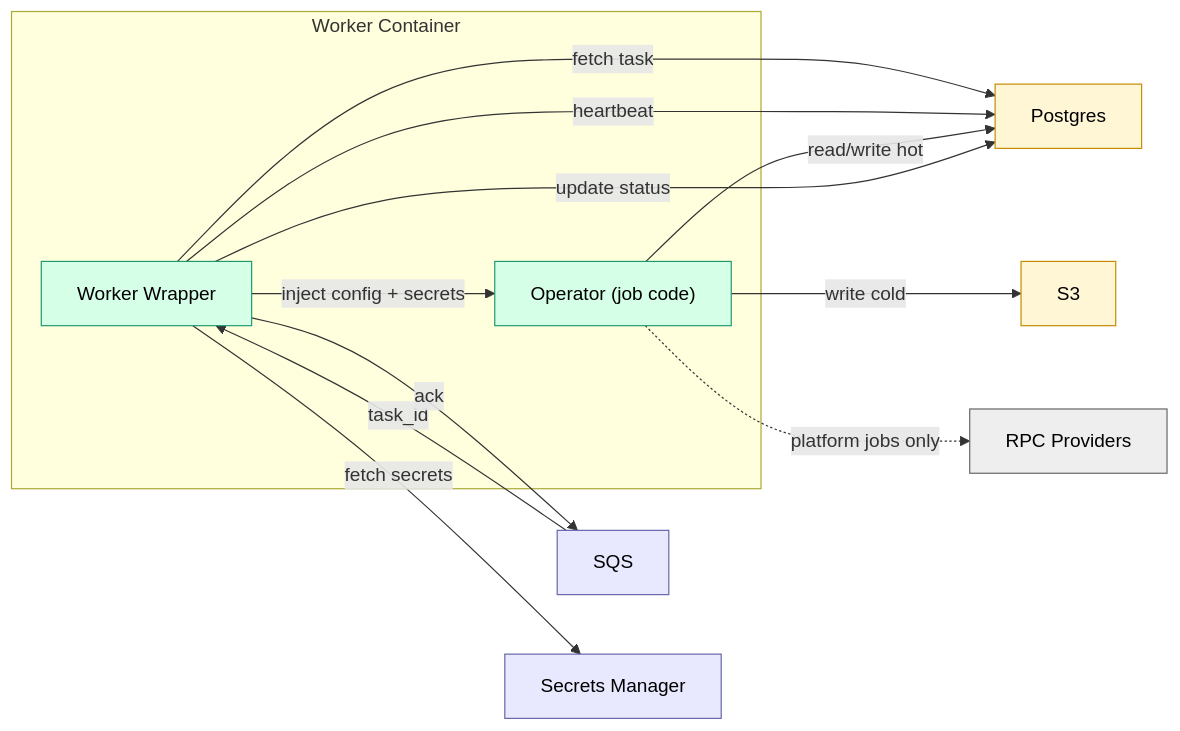
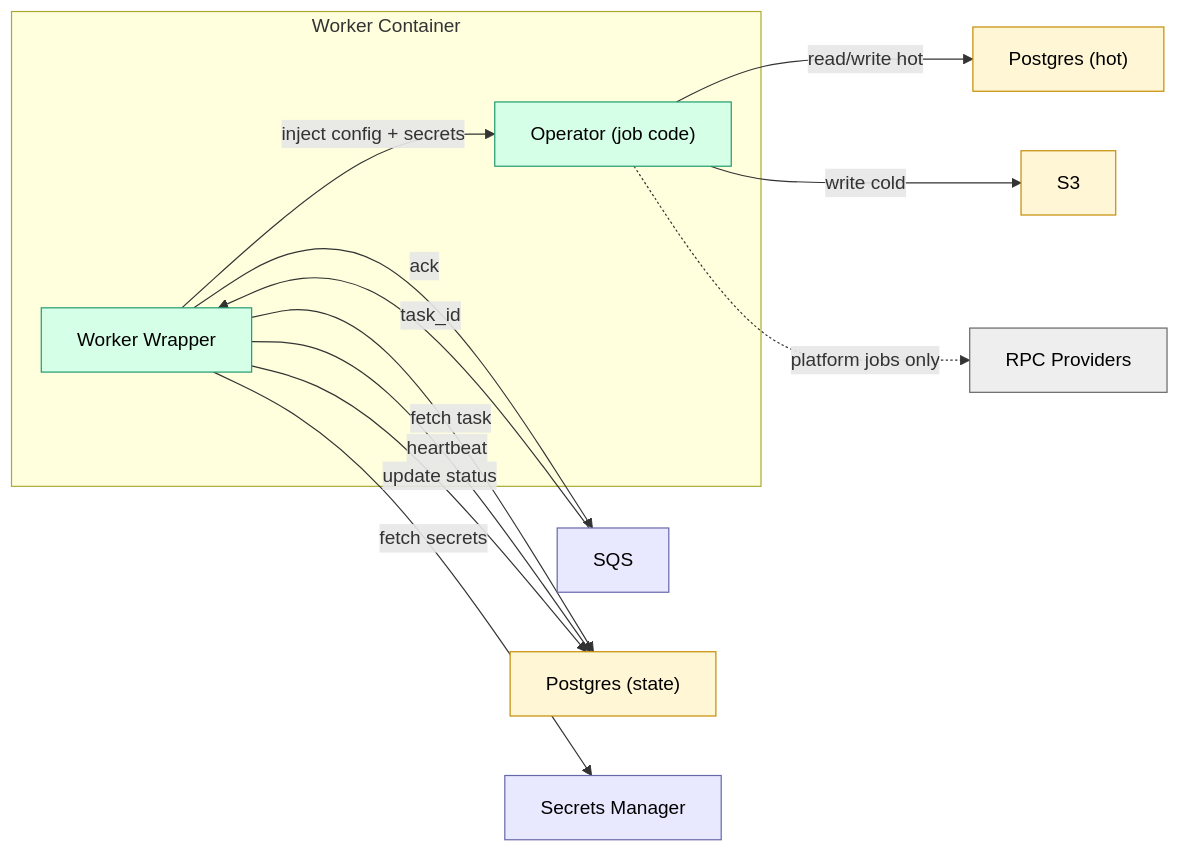
One commit to c7121/trace changed the fifth of 10 diagrams in docs/architecture/overview.md. Above: the diagram before and after it, drawn with Mermaid. The commit also changed other lines of this file and 12 other files, not shown here.

````diff
--- a/docs/architecture/overview.md
+++ b/docs/architecture/overview.md
@@ -257,31 +238,32 @@
 ```mermaid
 flowchart LR
     subgraph Worker["Worker Container"]
         wrapper["Worker Wrapper"]:::component
         operator["Operator (job code)"]:::component
     end
 
     sqs["SQS"]:::infra
-    postgres["Postgres"]:::database
+    postgres_state["Postgres (state)"]:::database
+    postgres_hot["Postgres (hot)"]:::database
     s3["S3"]:::database
     secrets["Secrets Manager"]:::infra
     rpc["RPC Providers"]:::ext
 
     sqs -->|task_id| wrapper
-    wrapper -->|fetch task| postgres
+    wrapper -->|fetch task| postgres_state
     wrapper -->|fetch secrets| secrets
     wrapper -->|inject config + secrets| operator
-    wrapper -->|heartbeat| postgres
+    wrapper -->|heartbeat| postgres_state
     
-    operator -->|read/write hot| postgres
+    operator -->|read/write hot| postgres_hot
     operator -->|write cold| s3
     operator -.->|platform jobs only| rpc
     
-    wrapper -->|update status| postgres
+    wrapper -->|update status| postgres_state
     wrapper -->|ack| sqs
 
     classDef component fill:#d6ffe7,stroke:#1f9a6f,color:#000;
     classDef infra fill:#e8e8ff,stroke:#6666aa,color:#000;
     classDef database fill:#fff6d6,stroke:#c58b00,color:#000;
     classDef ext fill:#eee,stroke:#666,color:#000;
 ```
````
